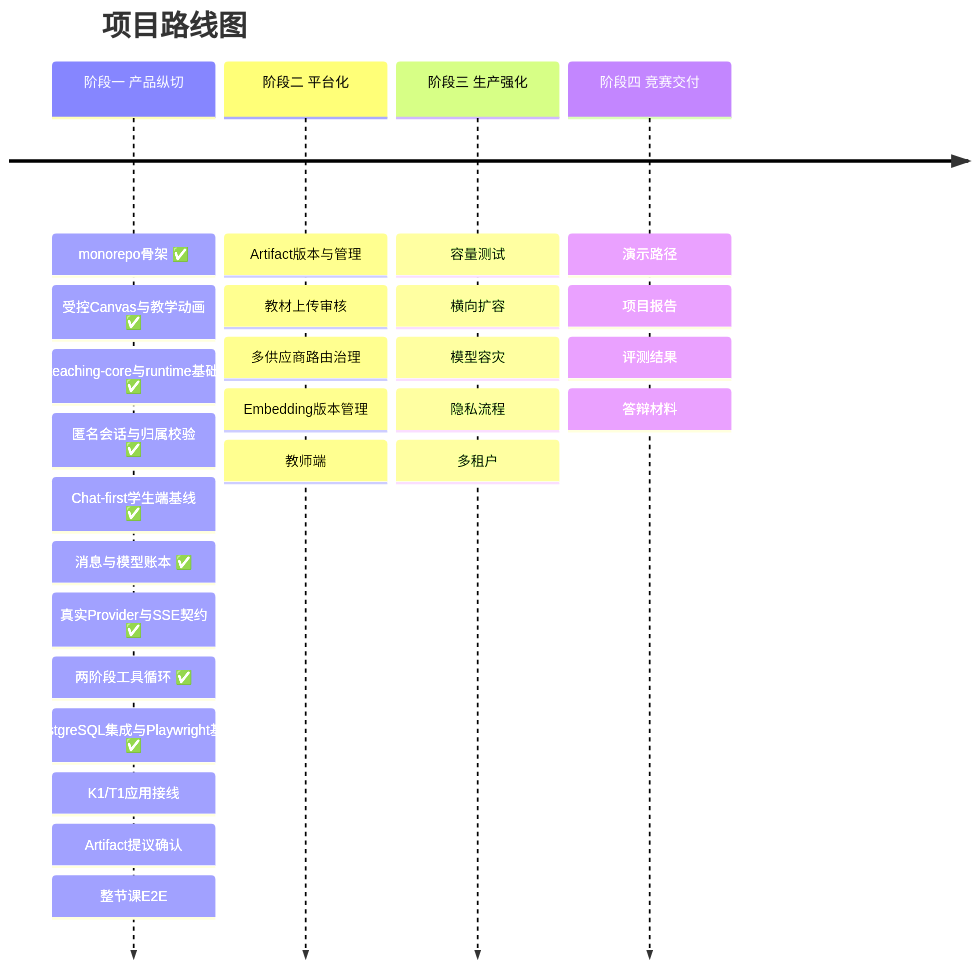
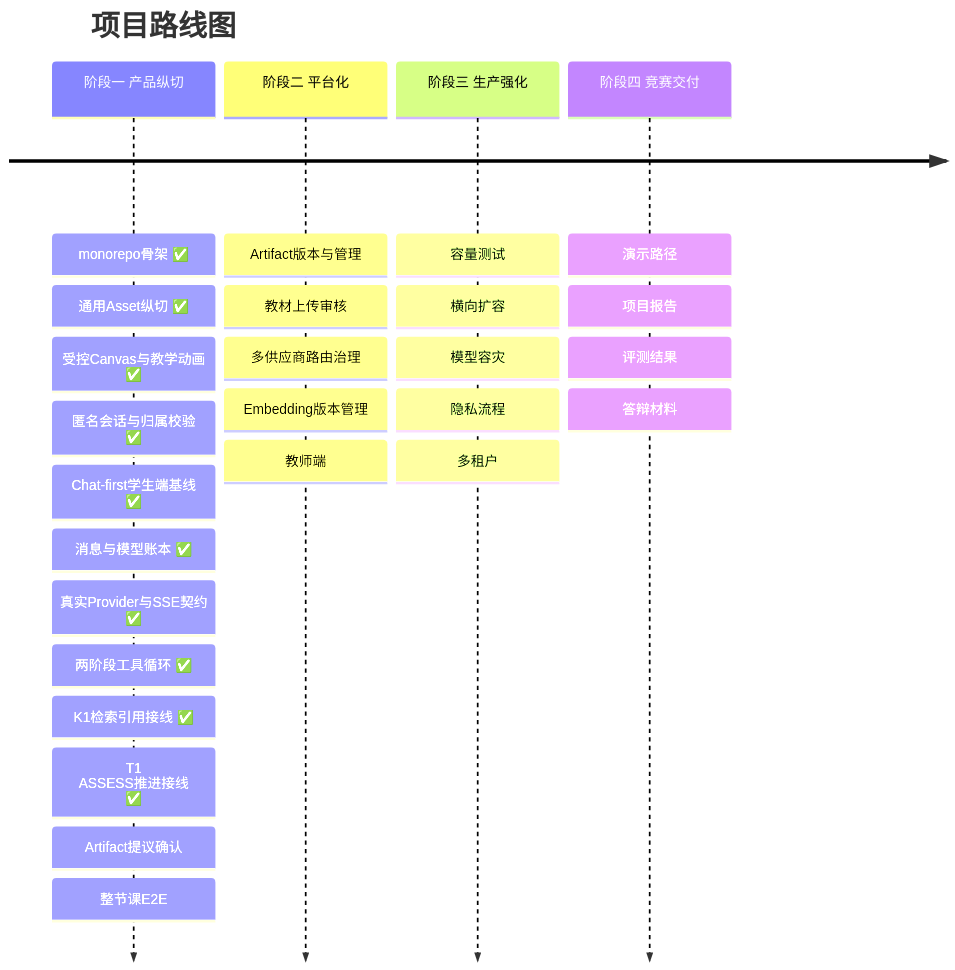
The eighth of 8 diagrams in README.md (Timcai06/EduCanvas), drawn with Mermaid before and after one commit. The commit also changed other lines of this file and 82 other files, not shown here.

````diff
--- a/README.md
+++ b/README.md
@@ -320,8 +319,8 @@
 ```mermaid
 timeline
     title 项目路线图
-    阶段一 产品纵切 : monorepo骨架 ✅ : 受控Canvas与教学动画 ✅ : teaching-core与runtime基础 ✅ : 匿名会话与归属校验 ✅ : Chat-first学生端基线 ✅ : 消息与模型账本 ✅ : 真实Provider与SSE契约 ✅ : 两阶段工具循环 ✅ : PostgreSQL集成与Playwright基线 ✅ : K1/T1应用接线 : Artifact提议确认 : 整节课E2E
+    阶段一 产品纵切 : monorepo骨架 ✅ : 通用Asset纵切 ✅ : 受控Canvas与教学动画 ✅ : 匿名会话与归属校验 ✅ : Chat-first学生端基线 ✅ : 消息与模型账本 ✅ : 真实Provider与SSE契约 ✅ : 两阶段工具循环 ✅ : K1检索引用接线 ✅ : T1 ASSESS推进接线 ✅ : Artifact提议确认 : 整节课E2E
     阶段二 平台化 : Artifact版本与管理 : 教材上传审核 : 多供应商路由治理 : Embedding版本管理 : 教师端
     阶段三 生产强化 : 容量测试 : 横向扩容 : 模型容灾 : 隐私流程 : 多租户
     阶段四 竞赛交付 : 演示路径 : 项目报告 : 评测结果 : 答辩材料
 ```
````
